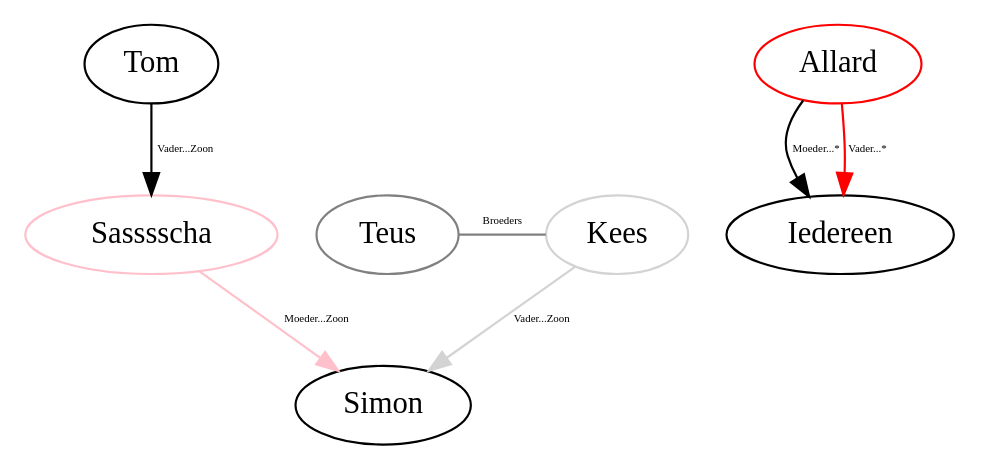
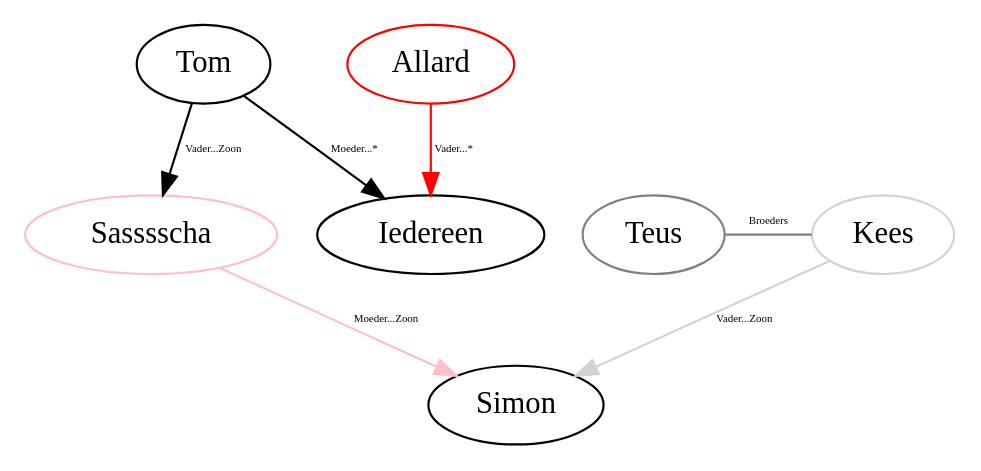
The diagram in graphs/family.dot (Abyss-mal-Graphics/Graphs.dot), drawn with Graphviz before and after one commit.

```diff
--- a/graphs/family.dot
+++ b/graphs/family.dot
@@ -1,47 +1,47 @@
 digraph {
     edge [fontsize=5];
 
     subgraph Zoomers {
         rank = same;
         Kees;
         Teus;
         Sas;
     }
 
     subgraph Millenials {
         rank = same;
         Tom;
         Allard;
     }
 
     subgraph Tom {
         edge [color=black];
         Tom;
         Tom -> Sas [label="Vader...Zoon"];
-        Allard->Iedereen [label="Moeder...*"];
+        Tom->Iedereen [label="Moeder...*"];
     }
 
     subgraph Sas {
         edge [color=pink];
         Sas [color=pink label="Sasssscha"];
         Sas -> Simon [label="Moeder...Zoon"];
     }
 
     subgraph Kees {
         edge [color=lightgrey];
         Kees [color=lightgrey];
         Kees->Simon [label="Vader...Zoon"];
     }
 
     subgraph Teus {
         edge [color=grey];
         Teus [color=grey];
         Teus->Kees [label="Broeders" dir="none"];
     }
 
     subgraph Allard {
         edge [color=red];
         Allard [color=red];
         Allard->Iedereen [label="Vader...*"];
     }
 }
```
